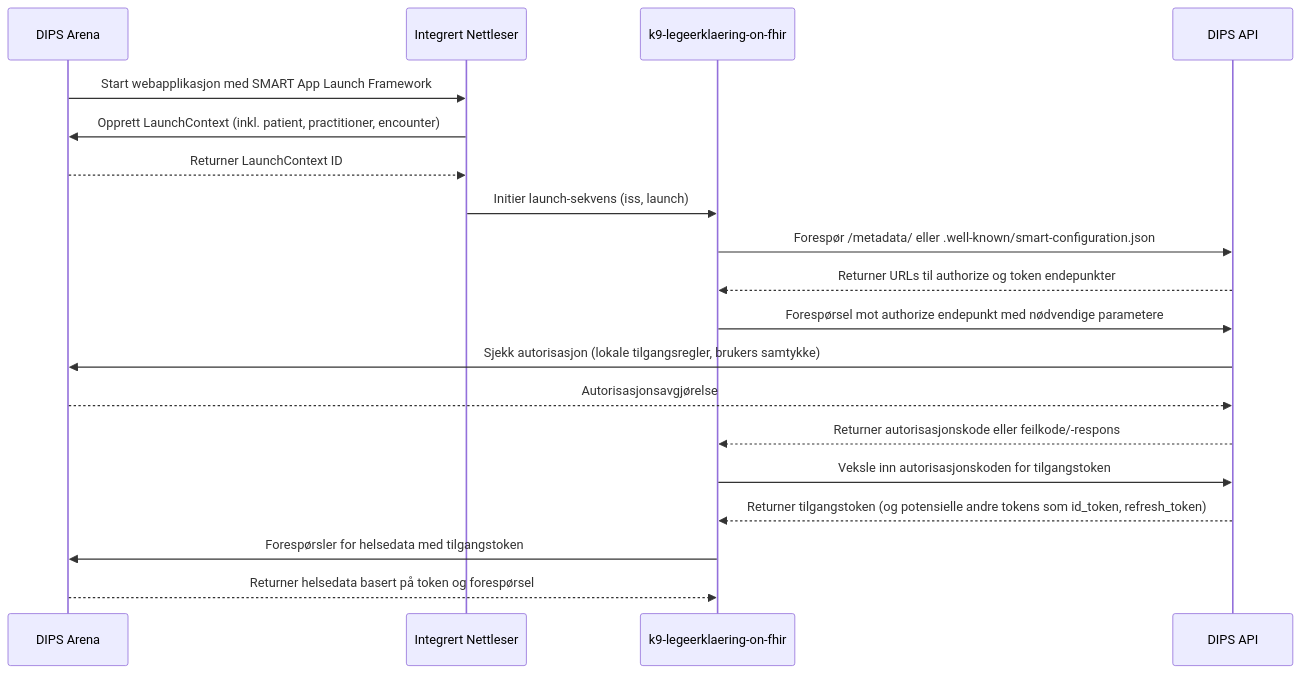
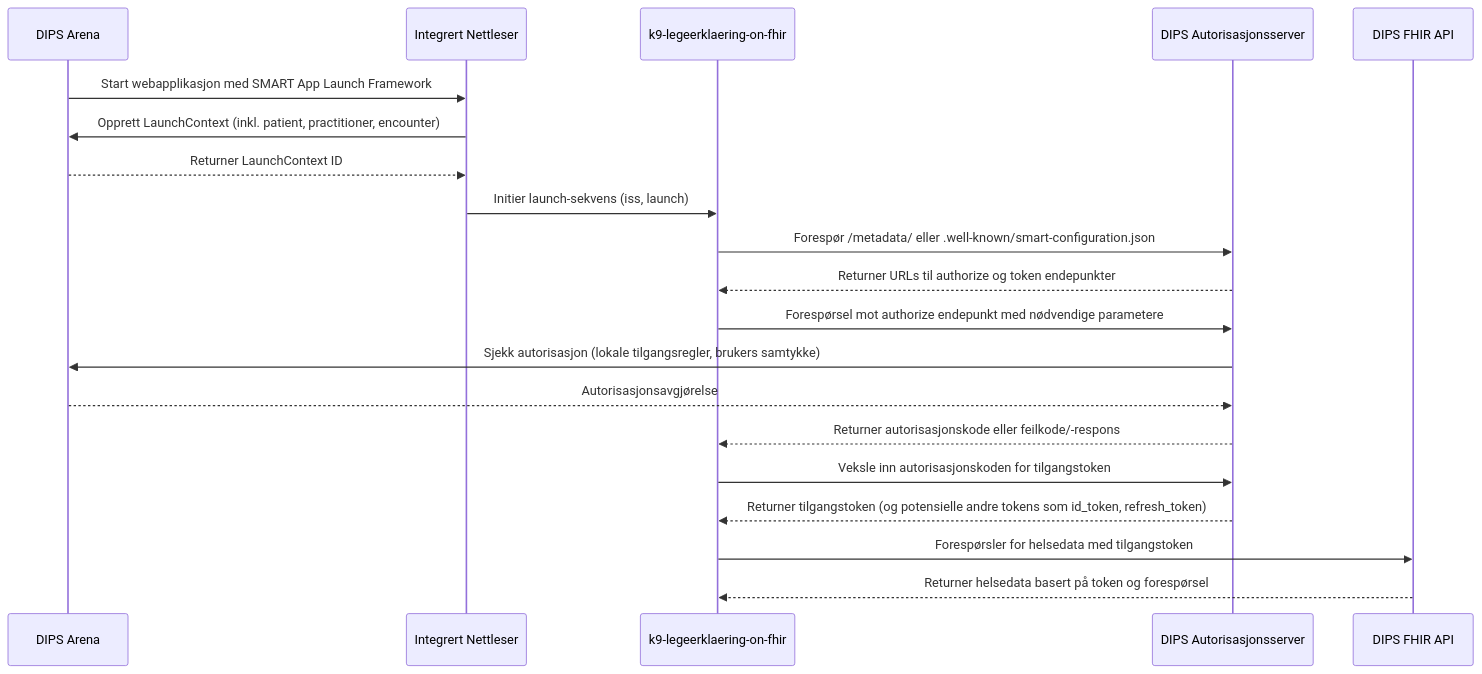
Before and after one commit to navikt/k9-legeerklaering-on-fihr: the diagram in README.md, drawn with Mermaid.

Commit message:
Retter opp sekvensdiagram.

````diff
--- a/README.md
+++ b/README.md
@@ -19,22 +19,23 @@
 ```mermaid
 sequenceDiagram
     participant EPJ as DIPS Arena
     participant Browser as Integrert Nettleser
     participant App as k9-legeerklaering-on-fhir
-    participant AuthServer as DIPS API
+    participant AuthServer as DIPS Autorisasjonsserver
+    participant FHIR as DIPS FHIR API
 
     EPJ->>Browser: Start webapplikasjon med SMART App Launch Framework
     Browser->>EPJ: Opprett LaunchContext (inkl. patient, practitioner, encounter)
     EPJ-->>Browser: Returner LaunchContext ID
     Browser->>App: Initier launch-sekvens (iss, launch)
     App->>AuthServer: Forespør /metadata/ eller .well-known/smart-configuration.json
     AuthServer-->>App: Returner URLs til authorize og token endepunkter
     App->>AuthServer: Forespørsel mot authorize endepunkt med nødvendige parametere
     AuthServer->>EPJ: Sjekk autorisasjon (lokale tilgangsregler, brukers samtykke)
     EPJ-->>AuthServer: Autorisasjonsavgjørelse
     AuthServer-->>App: Returner autorisasjonskode eller feilkode/-respons
     App->>AuthServer: Veksle inn autorisasjonskoden for tilgangstoken
     AuthServer-->>App: Returner tilgangstoken (og potensielle andre tokens som id_token, refresh_token)
-    App->>EPJ: Forespørsler for helsedata med tilgangstoken
-    EPJ-->>App: Returner helsedata basert på token og forespørsel
+    App->>FHIR: Forespørsler for helsedata med tilgangstoken
+    FHIR-->>App: Returner helsedata basert på token og forespørsel
 ```
````
